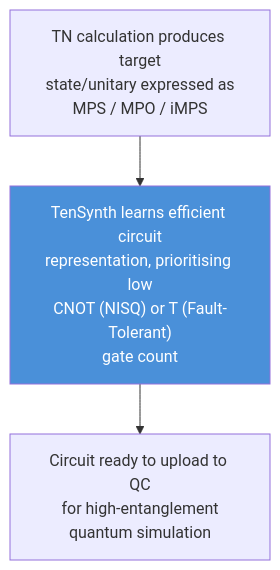
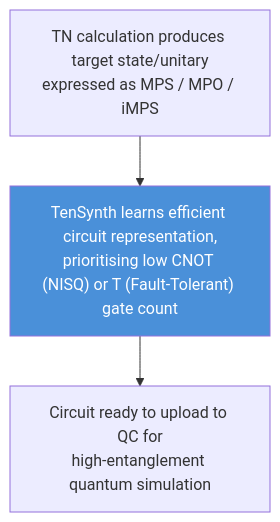
The diagram in README.md (GibbsJR/TenSynth), drawn with Mermaid before and after one commit.

Commit message:
Widen mermaid flowchart boxes by consolidating line breaks

````diff
--- a/README.md
+++ b/README.md
@@ -9,7 +9,7 @@
 ```mermaid
 graph TD
-    A["TN calculation produces target<br/>state/unitary expressed as<br/>MPS / MPO / iMPS"]
-    A --> B["TenSynth learns efficient circuit<br/>representation, prioritising low<br/>CNOT (NISQ) or T (Fault-Tolerant)<br/>gate count"]
-    B --> C["Circuit ready to upload to QC<br/>for high-entanglement<br/>quantum simulation"]
+    A["TN calculation produces target state/unitary<br/>expressed as MPS / MPO / iMPS"]
+    A --> B["TenSynth learns efficient circuit representation,<br/>prioritising low CNOT (NISQ) or T (Fault-Tolerant) gate count"]
+    B --> C["Circuit ready to upload to QC for<br/>high-entanglement quantum simulation"]
     style B fill:#4a90d9,color:#fff
 ```
````
